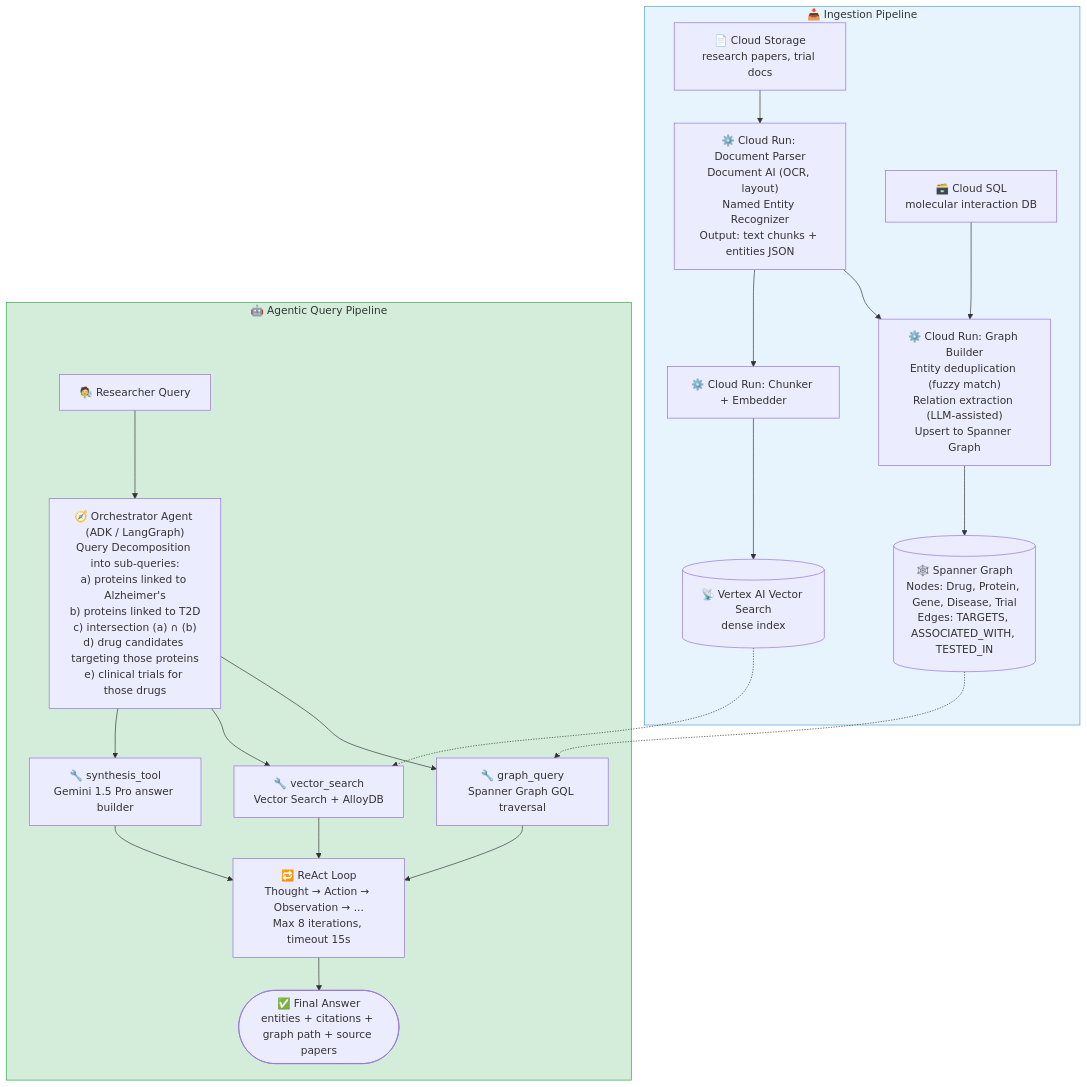
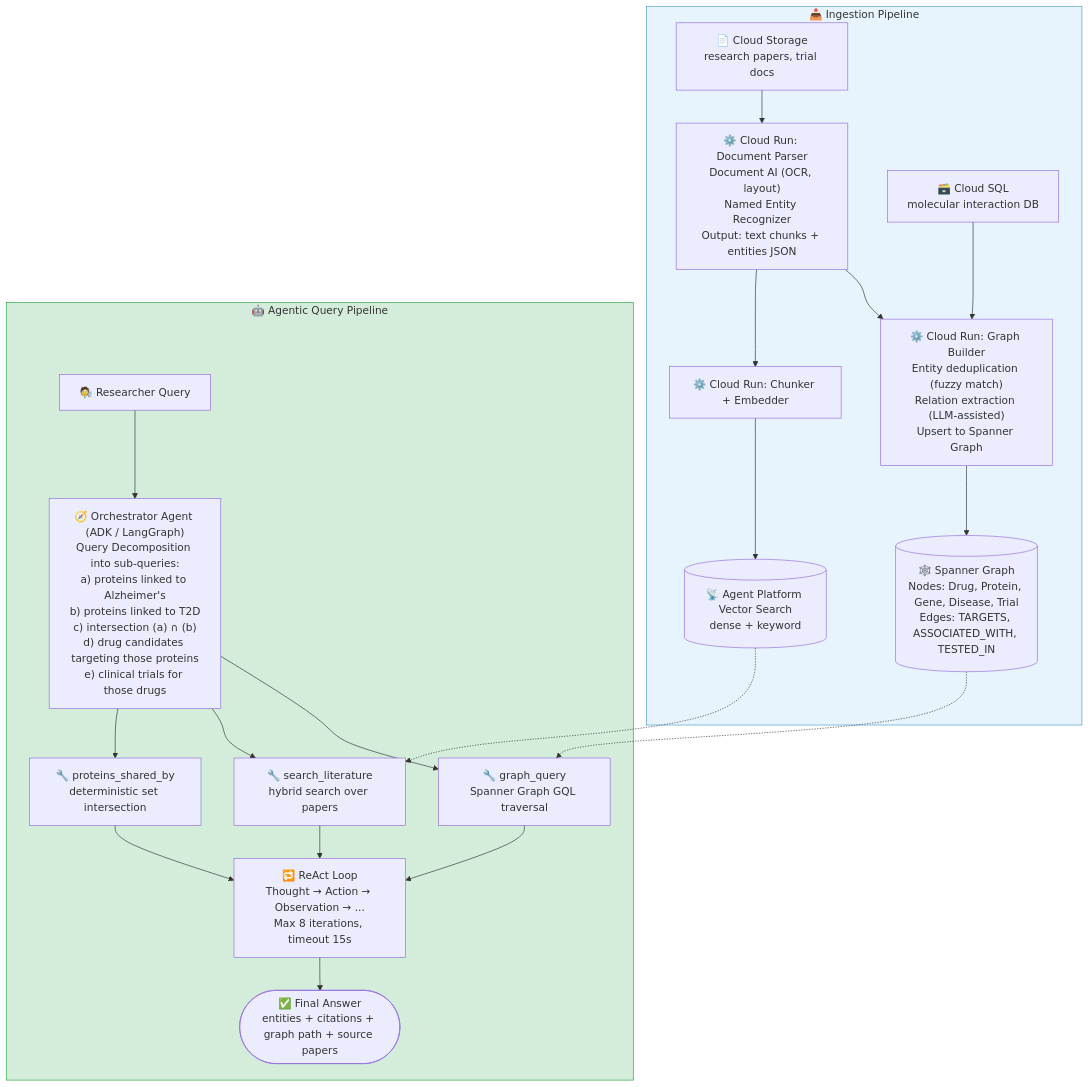
Before and after one commit to sundante/sun-course-genai: the diagram in src/content/11-RAG/SystemDesigns/02-agentic-rag-hybrid.mdx, drawn with Mermaid. The commit also changed other lines of this file and 24 other files, not shown here.

````diff
--- a/src/content/11-RAG/SystemDesigns/02-agentic-rag-hybrid.mdx
+++ b/src/content/11-RAG/SystemDesigns/02-agentic-rag-hybrid.mdx
@@ -44,28 +44,28 @@
 ```mermaid
 flowchart TD
     subgraph INGEST["📥 Ingestion Pipeline"]
         PDF["📄 Cloud Storage<br/>research papers, trial docs"] --> DP["⚙️ Cloud Run: Document Parser<br/>Document AI (OCR, layout)<br/>Named Entity Recognizer<br/>Output: text chunks + entities JSON"]
         SQL["🗃️ Cloud SQL<br/>molecular interaction DB"] --> GB["⚙️ Cloud Run: Graph Builder<br/>Entity deduplication (fuzzy match)<br/>Relation extraction (LLM-assisted)<br/>Upsert to Spanner Graph"]
         DP --> GB
         GB --> SG[("🕸️ Spanner Graph<br/>Nodes: Drug, Protein, Gene, Disease, Trial<br/>Edges: TARGETS, ASSOCIATED_WITH, TESTED_IN")]
         DP --> CE["⚙️ Cloud Run: Chunker + Embedder"]
-        CE --> VS[("📡 Vertex AI Vector Search<br/>dense index")]
+        CE --> VS[("📡 Agent Platform Vector Search<br/>dense + keyword")]
     end
 
     subgraph AGENT["🤖 Agentic Query Pipeline"]
         RQ["🧑‍🔬 Researcher Query"] --> ORCH["🧭 Orchestrator Agent (ADK / LangGraph)<br/>Query Decomposition into sub-queries:<br/>a) proteins linked to Alzheimer's<br/>b) proteins linked to T2D<br/>c) intersection (a) ∩ (b)<br/>d) drug candidates targeting those proteins<br/>e) clinical trials for those drugs"]
         ORCH --> GQ["🔧 graph_query<br/>Spanner Graph GQL traversal"]
-        ORCH --> VSRCH["🔧 vector_search<br/>Vector Search + AlloyDB"]
-        ORCH --> SYN["🔧 synthesis_tool<br/>Gemini 1.5 Pro answer builder"]
+        ORCH --> VSRCH["🔧 search_literature<br/>hybrid search over papers"]
+        ORCH --> SYN["🔧 proteins_shared_by<br/>deterministic set intersection"]
         GQ --> REACT["🔁 ReAct Loop<br/>Thought → Action → Observation → ...<br/>Max 8 iterations, timeout 15s"]
         VSRCH --> REACT
         SYN --> REACT
         REACT --> FINAL(["✅ Final Answer<br/>entities + citations + graph path + source papers"])
     end
 
     SG -.-> GQ
     VS -.-> VSRCH
 
     style INGEST fill:#e8f4fd,stroke:#4a9eca
     style AGENT fill:#d4edda,stroke:#28a745
 ```
````
